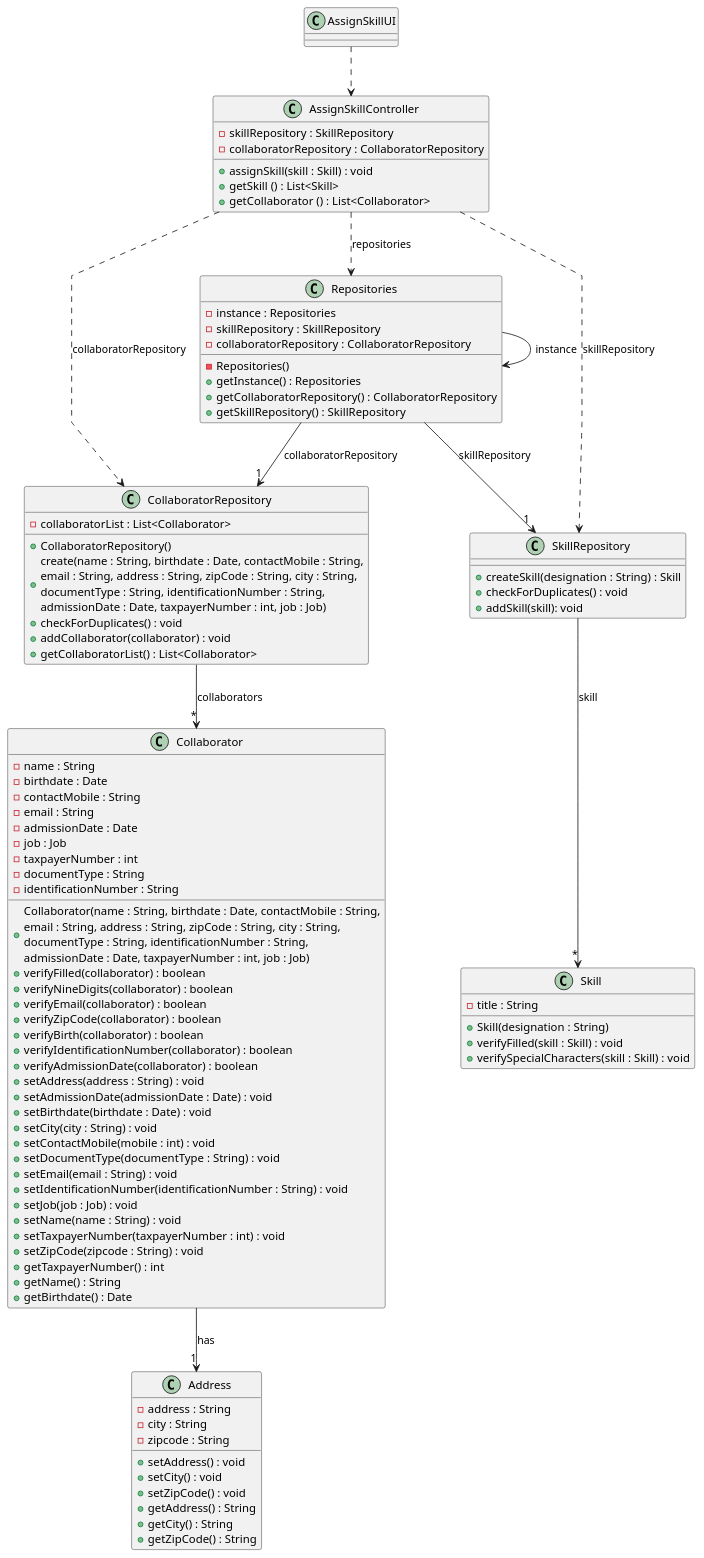
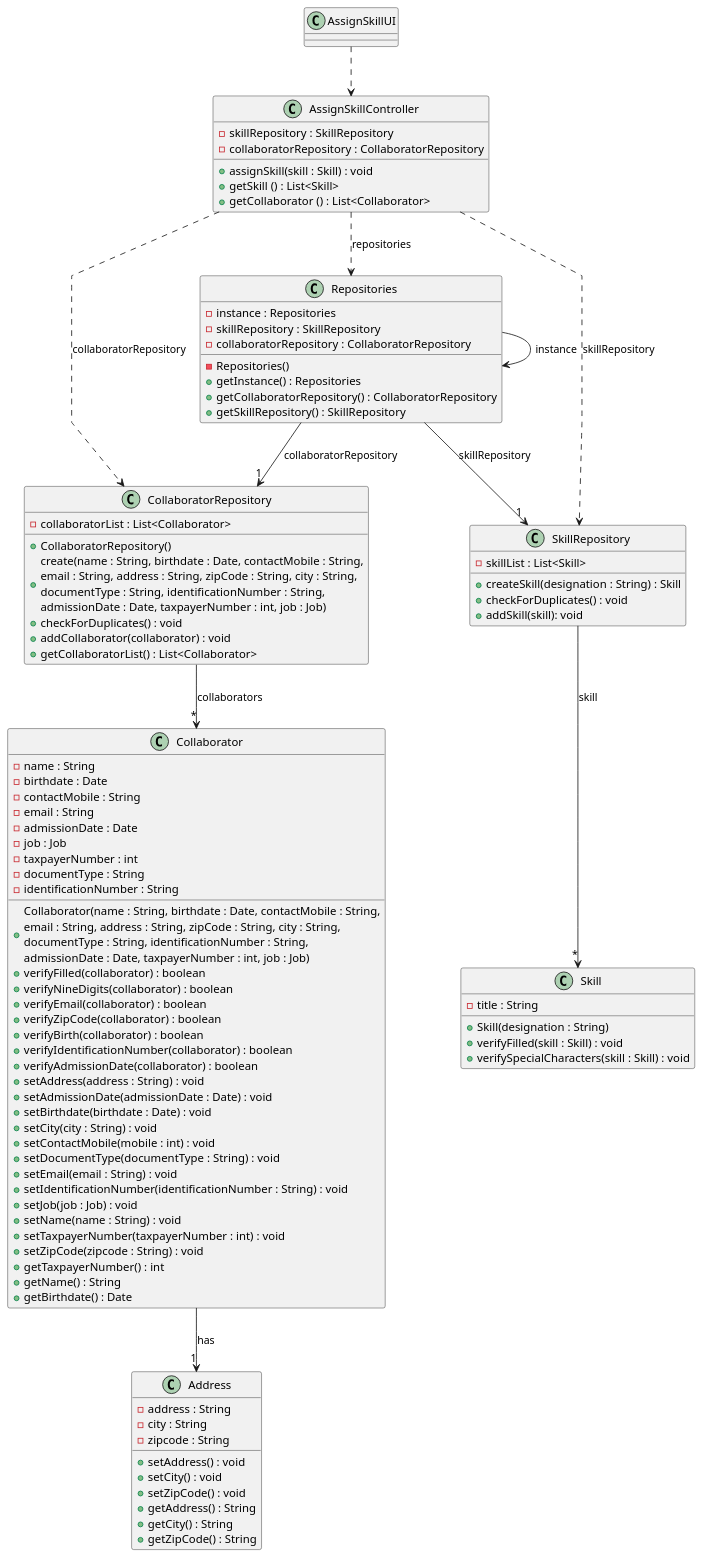
One commit to ricardomm7/leaflink changed the diagram in docs/sprintB/us004/03.design/puml/us004-class-diagram.puml. Above: the diagram before and after it, drawn with PlantUML. The commit also changed 1 other file, not shown here.

```diff
--- a/docs/sprintB/us004/03.design/puml/us004-class-diagram.puml
+++ b/docs/sprintB/us004/03.design/puml/us004-class-diagram.puml
@@ -1,108 +1,109 @@
 @startuml
 skinparam packageStyle rectangle
 skinparam shadowing false
 skinparam linetype polyline
 
 class AssignSkillUI {
 }
 
 class AssignSkillController {
     - skillRepository : SkillRepository
     - collaboratorRepository : CollaboratorRepository
     + assignSkill(skill : Skill) : void
     + getSkill () : List<Skill>
     + getCollaborator () : List<Collaborator>
 }
 
 class Repositories {
     - instance : Repositories
     - Repositories()
     -skillRepository : SkillRepository
     -collaboratorRepository : CollaboratorRepository
     + getInstance() : Repositories
     + getCollaboratorRepository() : CollaboratorRepository
     + getSkillRepository() : SkillRepository
 }
 
 class CollaboratorRepository {
     -collaboratorList : List<Collaborator>
     +CollaboratorRepository()
     + create(name : String, birthdate : Date, contactMobile : String,\nemail : String, address : String, zipCode : String, city : String,\ndocumentType : String, identificationNumber : String, \nadmissionDate : Date, taxpayerNumber : int, job : Job)
     + checkForDuplicates() : void
     + addCollaborator(collaborator) : void
     + getCollaboratorList() : List<Collaborator>
 }
 
 class SkillRepository {
-    + createSkill(designation : String) : Skill
-    + checkForDuplicates() : void
-    + addSkill(skill): void
+     - skillList : List<Skill>
+     + createSkill(designation : String) : Skill
+     + checkForDuplicates() : void
+     + addSkill(skill): void
 }
 
 class Collaborator {
     - name : String
     - birthdate : Date
     - contactMobile : String
     - email : String
     - admissionDate : Date
     - job : Job
     - taxpayerNumber : int
     + Collaborator(name : String, birthdate : Date, contactMobile : String,\nemail : String, address : String, zipCode : String, city : String,\ndocumentType : String, identificationNumber : String, \nadmissionDate : Date, taxpayerNumber : int, job : Job)
     + verifyFilled(collaborator) : boolean
     + verifyNineDigits(collaborator) : boolean
     + verifyEmail(collaborator) : boolean
     + verifyZipCode(collaborator) : boolean
     + verifyBirth(collaborator) : boolean
     + verifyIdentificationNumber(collaborator) : boolean
     + verifyAdmissionDate(collaborator) : boolean
     - documentType : String
     - identificationNumber : String
     +setAddress(address : String) : void
     +setAdmissionDate(admissionDate : Date) : void
     +setBirthdate(birthdate : Date) : void
     +setCity(city : String) : void
     +setContactMobile(mobile : int) : void
     +setDocumentType(documentType : String) : void
     +setEmail(email : String) : void
     +setIdentificationNumber(identificationNumber : String) : void
     +setJob(job : Job) : void
     +setName(name : String) : void
     +setTaxpayerNumber(taxpayerNumber : int) : void
     +setZipCode(zipcode : String) : void
     +getTaxpayerNumber() : int
     +getName() : String
     +getBirthdate() : Date
 }
 
 class Address {
     -address : String
     -city : String
     -zipcode : String
     +setAddress() : void
     +setCity() : void
     +setZipCode() : void
     +getAddress() : String
     +getCity() : String
     +getZipCode() : String
 }
 
 class Skill {
     - title : String
     + Skill(designation : String)
     + verifyFilled(skill : Skill) : void
     + verifySpecialCharacters(skill : Skill) : void
 }
 
 AssignSkillUI ..> AssignSkillController
 AssignSkillController ..> Repositories : repositories
 Repositories --> Repositories : instance
 Repositories --> "1" CollaboratorRepository : collaboratorRepository
 Repositories --> "1" SkillRepository : skillRepository
 AssignSkillController ..> CollaboratorRepository : collaboratorRepository
 AssignSkillController ..> SkillRepository : skillRepository
 CollaboratorRepository --> "*" Collaborator : collaborators
 SkillRepository --> "*" Skill : skill
 Collaborator --> "1" Address : has
 
 
 @enduml
```
